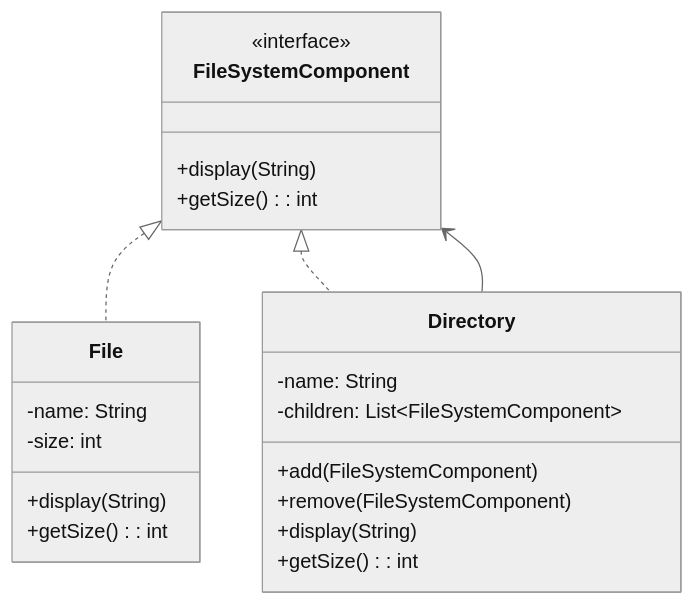
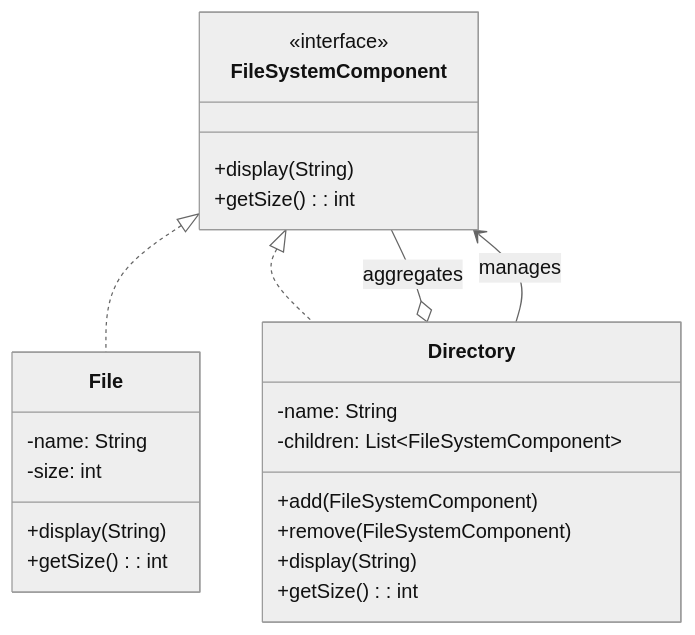
Before and after one commit to welldesignedsystem/welldesignedsystem.github.io: the eighth of 23 diagrams in content/english/blog/system_design/core_design_patterns.md, drawn with Mermaid (neutral theme). The commit also changed other lines of this file and 1 other file, not shown here.

````diff
--- a/content/english/blog/system_design/core_design_patterns.md
+++ b/content/english/blog/system_design/core_design_patterns.md
@@ -621,25 +632,26 @@
 ```mermaid
 classDiagram
     class FileSystemComponent {
         <<interface>>
         +display(String)
         +getSize(): int
     }
     class File {
         -name: String
         -size: int
         +display(String)
         +getSize(): int
     }
     class Directory {
         -name: String
         -children: List~FileSystemComponent~
         +add(FileSystemComponent)
         +remove(FileSystemComponent)
         +display(String)
         +getSize(): int
     }
     FileSystemComponent <|.. File
     FileSystemComponent <|.. Directory
-    Directory --> FileSystemComponent
+    Directory o-- FileSystemComponent : aggregates
+    Directory --> FileSystemComponent : manages
 ```
````
